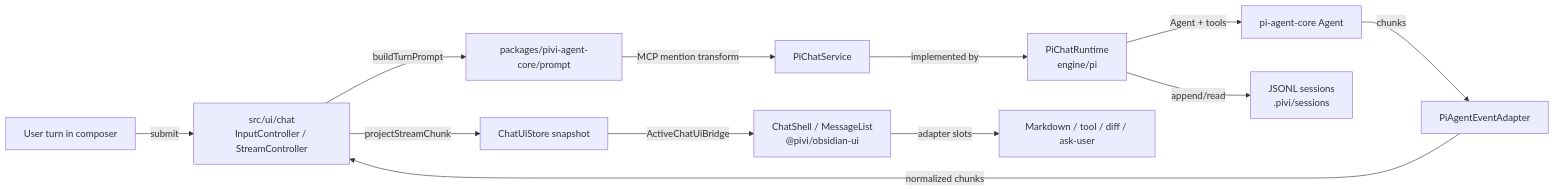
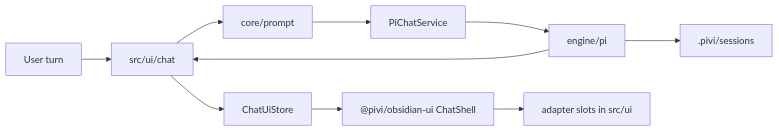
Before and after one commit to shuuul/obsidian-pivi: the third of 4 diagrams in AGENTS.md, drawn with Mermaid. The commit also changed other lines of this file and 13 other files, not shown here.

First line of the commit message:
refactor(architecture): close soft boundary leaks and add L0 map

````diff
--- a/AGENTS.md
+++ b/AGENTS.md
@@ -176,14 +187,12 @@
 ```mermaid
 flowchart LR
-  User["User turn in composer"] -- "submit" --> ChatRt["src/ui/chat<br/>InputController / StreamController"]
-  ChatRt -- "buildTurnPrompt" --> Turn["packages/pivi-agent-core/prompt"]
-  Turn -- "MCP mention transform" --> Service["PiChatService"]
-  Service -- "implemented by" --> Runtime["PiChatRuntime<br/>engine/pi"]
-  Runtime -- "Agent + tools" --> Agent["pi-agent-core Agent"]
-  Agent -- "chunks" --> EventAd["PiAgentEventAdapter"]
-  EventAd -- "normalized chunks" --> ChatRt
-  ChatRt -- "projectStreamChunk" --> Store["ChatUiStore snapshot"]
-  Store -- "ActiveChatUiBridge" --> Shell["ChatShell / MessageList<br/>@pivi/obsidian-ui"]
-  Shell -- "adapter slots" --> Adapters["Markdown / tool / diff / ask-user"]
-  Runtime -- "append/read" --> Session["JSONL sessions<br/>.pivi/sessions"]
+  User["User turn"] --> ChatRt["src/ui/chat"]
+  ChatRt --> Prompt["core/prompt"]
+  Prompt --> Service["PiChatService"]
+  Service --> Engine["engine/pi"]
+  Engine --> ChatRt
+  ChatRt --> Store["ChatUiStore"]
+  Store --> Shell["@pivi/obsidian-ui ChatShell"]
+  Shell --> Adapters["adapter slots in src/ui"]
+  Engine --> Session[".pivi/sessions"]
 ```
````
